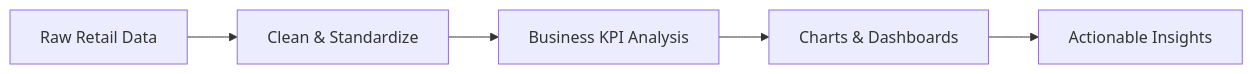
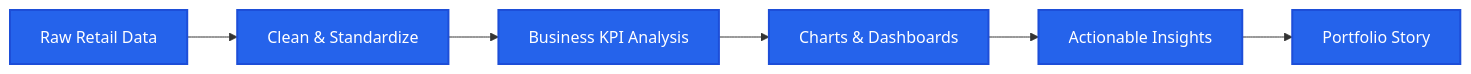
One commit to contactchiragj26-Analyst/Retail-Business-Analytics-project- changed the diagram in README.md. Above: the diagram before and after it, drawn with Mermaid. The commit also changed other lines of this file, not shown here.

Commit message:
Enhance README with banner and badges
Added a banner image and several badges to the README.

````diff
--- a/README.md
+++ b/README.md
@@ -10,7 +12,10 @@
 ```mermaid
 flowchart LR
     A[Raw Retail Data] --> B[Clean & Standardize]
     B --> C[Business KPI Analysis]
     C --> D[Charts & Dashboards]
     D --> E[Actionable Insights]
+    E --> F[Portfolio Story]
+    classDef move fill:#2563eb,color:#fff,stroke:#1d4ed8,stroke-width:2px;
+    class A,B,C,D,E,F move;
 ```
````
